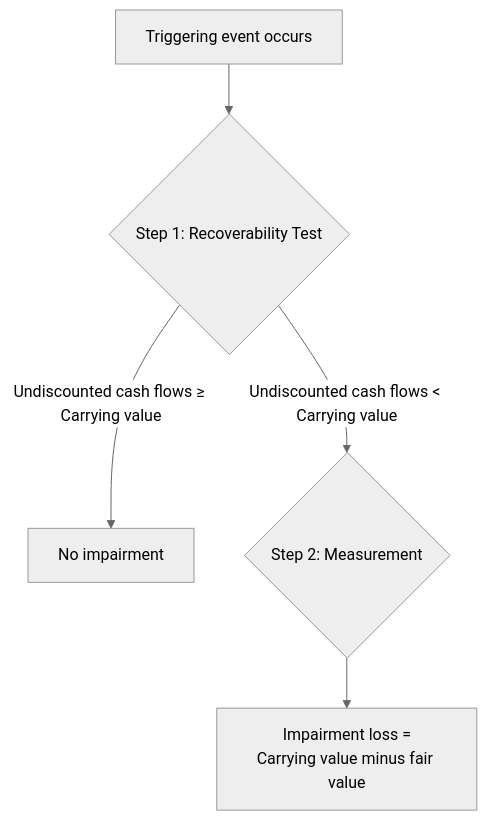
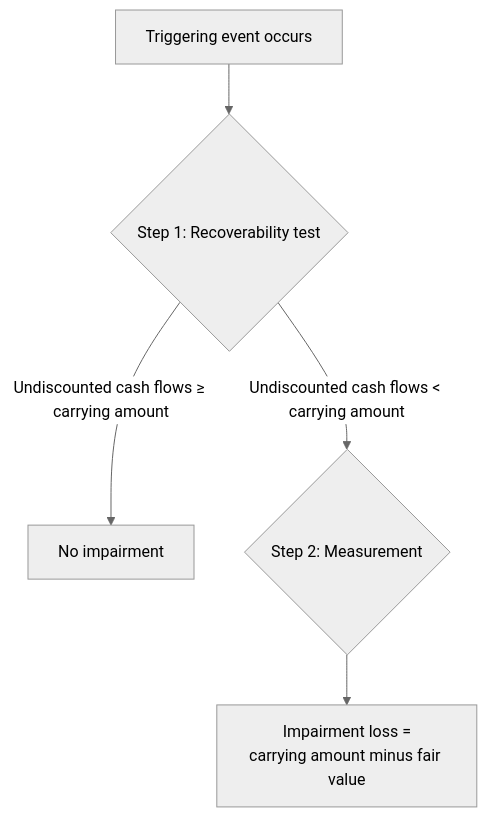
The diagram in docs/far/assets/property-plant-and-equipment.md (subwaymatch/cpabear-book), drawn with Mermaid (neutral theme) before and after one commit. The commit also changed other lines of this file and 204 other files, not shown here.

First line of the commit message:
Update the book for the 2027 CPA Exam Blueprints, fix dark-mode diagrams, add diagram zoom (#49)

````diff
--- a/docs/far/assets/property-plant-and-equipment.md
+++ b/docs/far/assets/property-plant-and-equipment.md
@@ -312,7 +200,7 @@
 ```mermaid
 graph TD
-    A[Triggering event occurs] --> B{Step 1: Recoverability Test}
-    B -->|Undiscounted cash flows ≥ Carrying value| C[No impairment]
-    B -->|Undiscounted cash flows < Carrying value| D{Step 2: Measurement}
-    D --> E[Impairment loss =<br/>Carrying value minus fair value]
+    A[Triggering event occurs] --> B{"Step 1: Recoverability test"}
+    B -->|Undiscounted cash flows ≥ carrying amount| C[No impairment]
+    B -->|Undiscounted cash flows < carrying amount| D{"Step 2: Measurement"}
+    D --> E[Impairment loss =<br/>carrying amount minus fair value]
 ```
````
